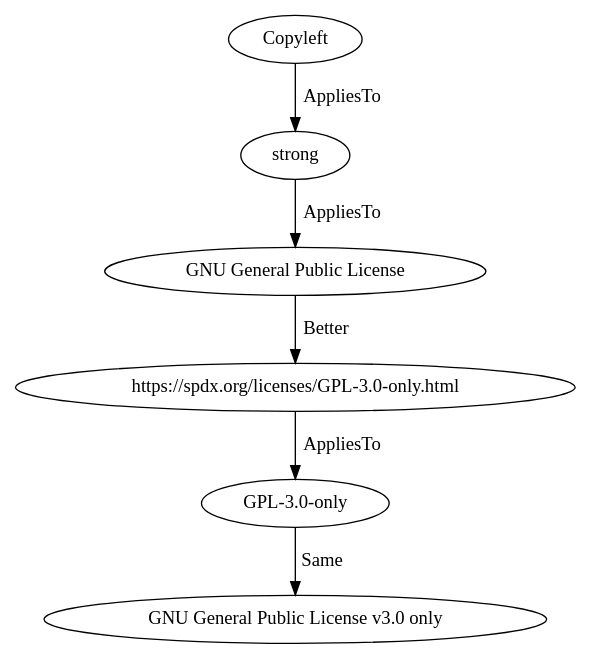
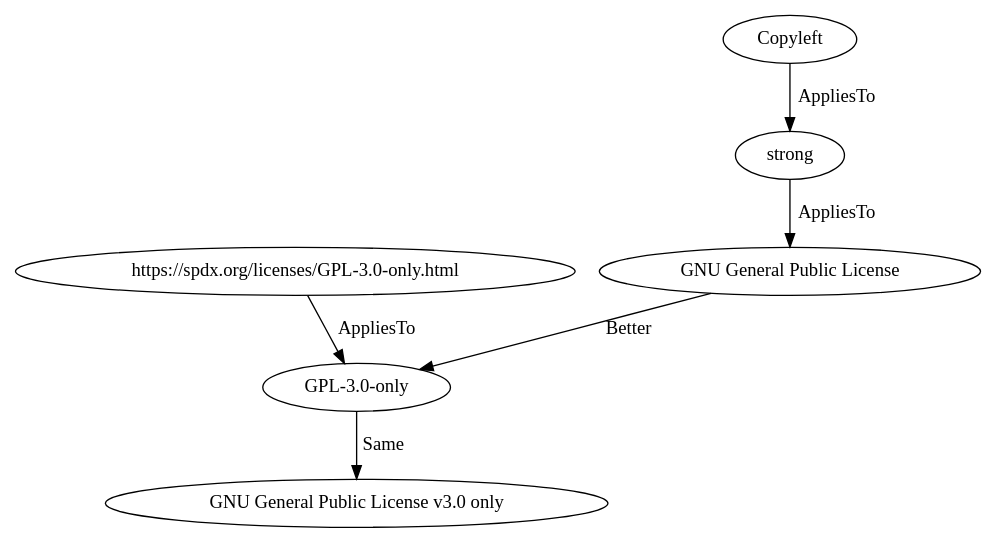
One commit to maxhbr/LDBcollector changed the diagram in test_output/source_blueoakcouncil/copyleft/GPL-3.0-only.dot. Above: the diagram before and after it, drawn with Graphviz. The commit also changed 39 other files, not shown here.

```diff
--- a/test_output/source_blueoakcouncil/copyleft/GPL-3.0-only.dot
+++ b/test_output/source_blueoakcouncil/copyleft/GPL-3.0-only.dot
@@ -1,13 +1,13 @@
 digraph {
-    0 [ label = "Copyleft" ]
-    135 [ label = "strong" ]
-    146 [ label = "GNU General Public License" ]
-    159 [ label = "https://spdx.org/licenses/GPL-3.0-only.html" ]
-    160 [ label = "GPL-3.0-only" ]
-    161 [ label = "GNU General Public License v3.0 only" ]
-    160 -> 161 [ label = "Same" ]
-    159 -> 160 [ label = "AppliesTo" ]
-    146 -> 159 [ label = "Better" ]
-    135 -> 146 [ label = "AppliesTo" ]
-    0 -> 135 [ label = "AppliesTo" ]
+    22 [ label = "GNU General Public License v3.0 only" ]
+    23 [ label = "GPL-3.0-only" ]
+    24 [ label = "https://spdx.org/licenses/GPL-3.0-only.html" ]
+    28 [ label = "GNU General Public License" ]
+    36 [ label = "strong" ]
+    193 [ label = "Copyleft" ]
+    23 -> 22 [ label = "Same" ]
+    24 -> 23 [ label = "AppliesTo" ]
+    28 -> 23 [ label = "Better" ]
+    36 -> 28 [ label = "AppliesTo" ]
+    193 -> 36 [ label = "AppliesTo" ]
 }
```
